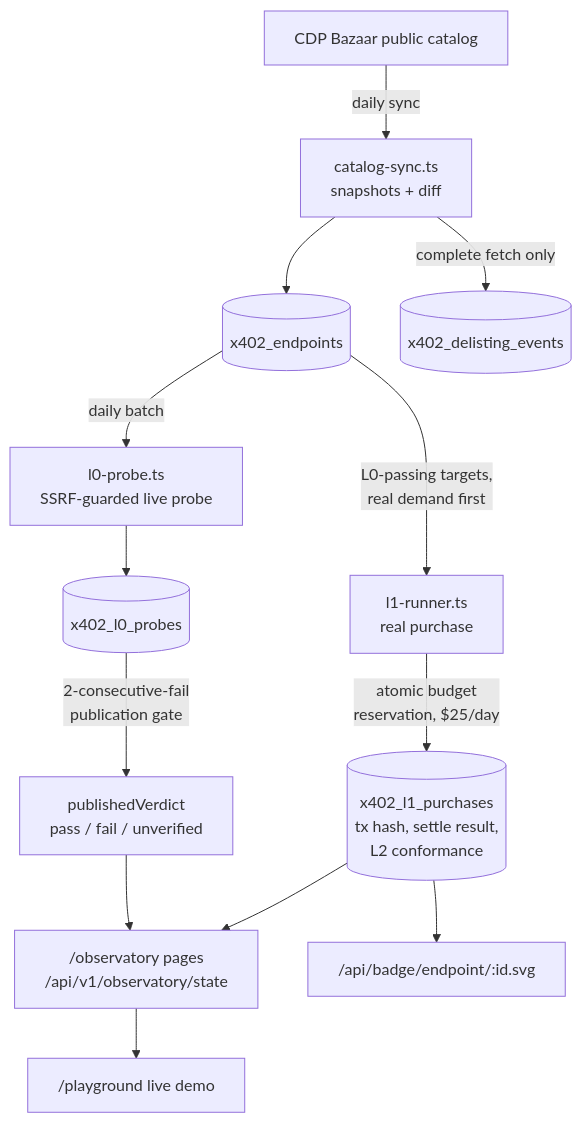
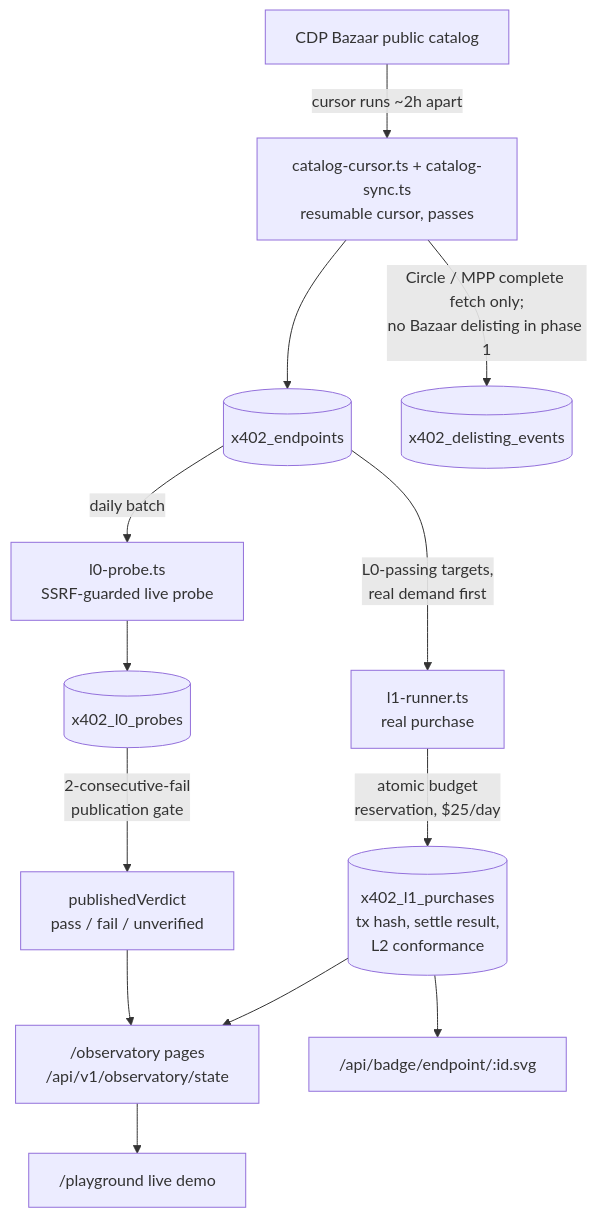
Before and after one commit to kzmttkc/vet402: the first of 2 diagrams in docs/ARCHITECTURE.md, drawn with Mermaid. The commit also changed other lines of this file and 26 other files, not shown here.

First line of the commit message:
feat(observatory): read the CDP Bazaar catalog with a resumable cursor (phase 1)

````diff
--- a/docs/ARCHITECTURE.md
+++ b/docs/ARCHITECTURE.md
@@ -37,15 +37,15 @@
 ```mermaid
 flowchart TD
-    CAT[CDP Bazaar public catalog] -->|daily sync| SYNC[catalog-sync.ts<br/>snapshots + diff]
+    CAT[CDP Bazaar public catalog] -->|cursor runs ~2h apart| SYNC[catalog-cursor.ts + catalog-sync.ts<br/>resumable cursor, passes]
     SYNC --> EP[(x402_endpoints)]
-    SYNC -->|complete fetch only| DELIST[(x402_delisting_events)]
+    SYNC -->|Circle / MPP complete fetch only;<br/>no Bazaar delisting in phase 1| DELIST[(x402_delisting_events)]
     EP -->|daily batch| L0[l0-probe.ts<br/>SSRF-guarded live probe]
     L0 --> PROBES[(x402_l0_probes)]
     PROBES -->|2-consecutive-fail<br/>publication gate| PUB[publishedVerdict<br/>pass / fail / unverified]
     EP -->|L0-passing targets,<br/>real demand first| L1[l1-runner.ts<br/>real purchase]
     L1 -->|atomic budget<br/>reservation, $25/day| LEDGER[(x402_l1_purchases<br/>tx hash, settle result,<br/>L2 conformance)]
     PUB --> PAGES["/observatory pages<br/>/api/v1/observatory/state"]
     LEDGER --> PAGES
     LEDGER --> BADGE["/api/badge/endpoint/:id.svg"]
     PAGES --> PLAY["/playground live demo"]
 ```
````
